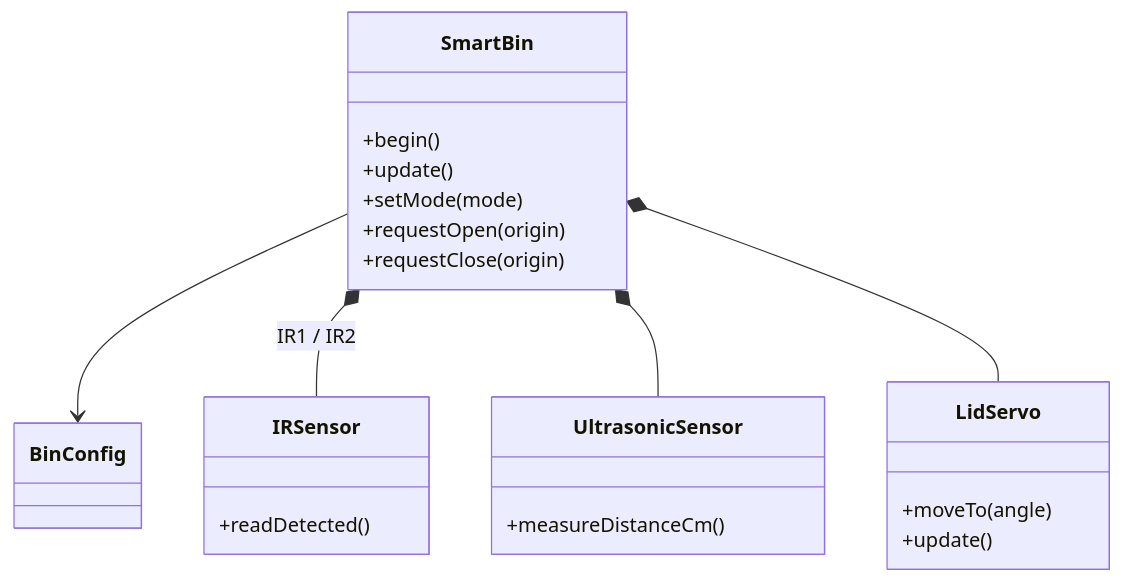
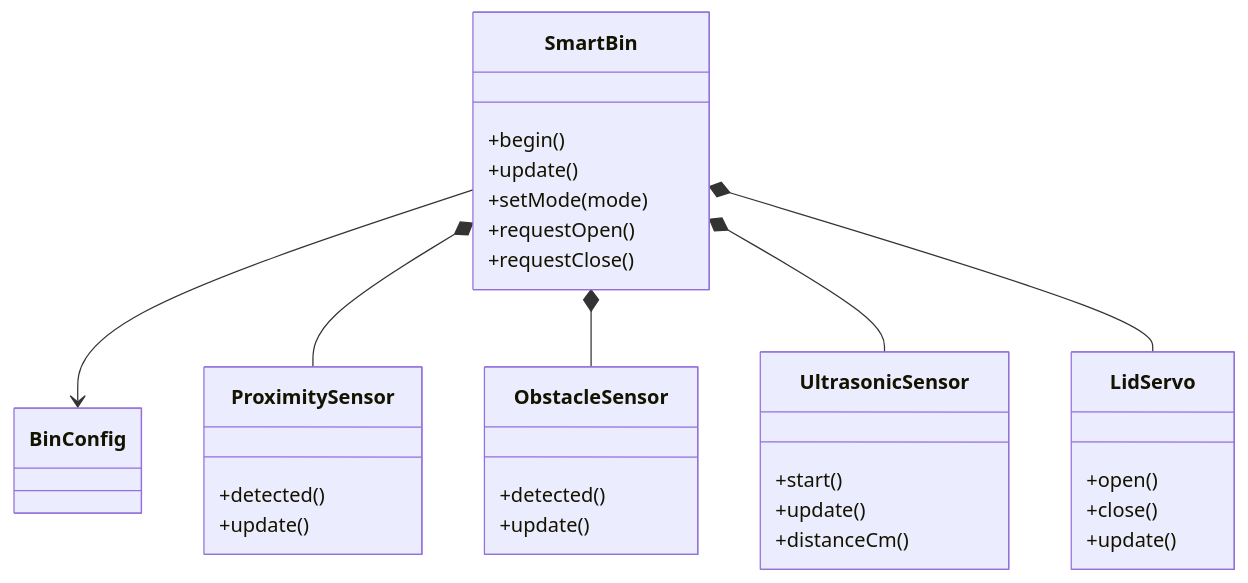
Before and after one commit to Lucas-RodriguezAncieta/Practica4_IoT_BasureroInteligente: the fourth of 10 diagrams in Informe.md, drawn with Mermaid. The commit also changed other lines of this file, not shown here.

````diff
--- a/Informe.md
+++ b/Informe.md
@@ -155,25 +159,34 @@
 ```mermaid
 classDiagram
     class SmartBin {
       +begin()
       +update()
       +setMode(mode)
-      +requestOpen(origin)
-      +requestClose(origin)
+      +requestOpen()
+      +requestClose()
     }
     class BinConfig
-    class IRSensor {
-      +readDetected()
+    class ProximitySensor {
+      +detected()
+      +update()
+    }
+    class ObstacleSensor {
+      +detected()
+      +update()
     }
     class UltrasonicSensor {
-      +measureDistanceCm()
+      +start()
+      +update()
+      +distanceCm()
     }
     class LidServo {
-      +moveTo(angle)
+      +open()
+      +close()
       +update()
     }
     SmartBin --> BinConfig
-    SmartBin *-- IRSensor : IR1 / IR2
+    SmartBin *-- ProximitySensor
+    SmartBin *-- ObstacleSensor
     SmartBin *-- UltrasonicSensor
     SmartBin *-- LidServo
 ```
````
